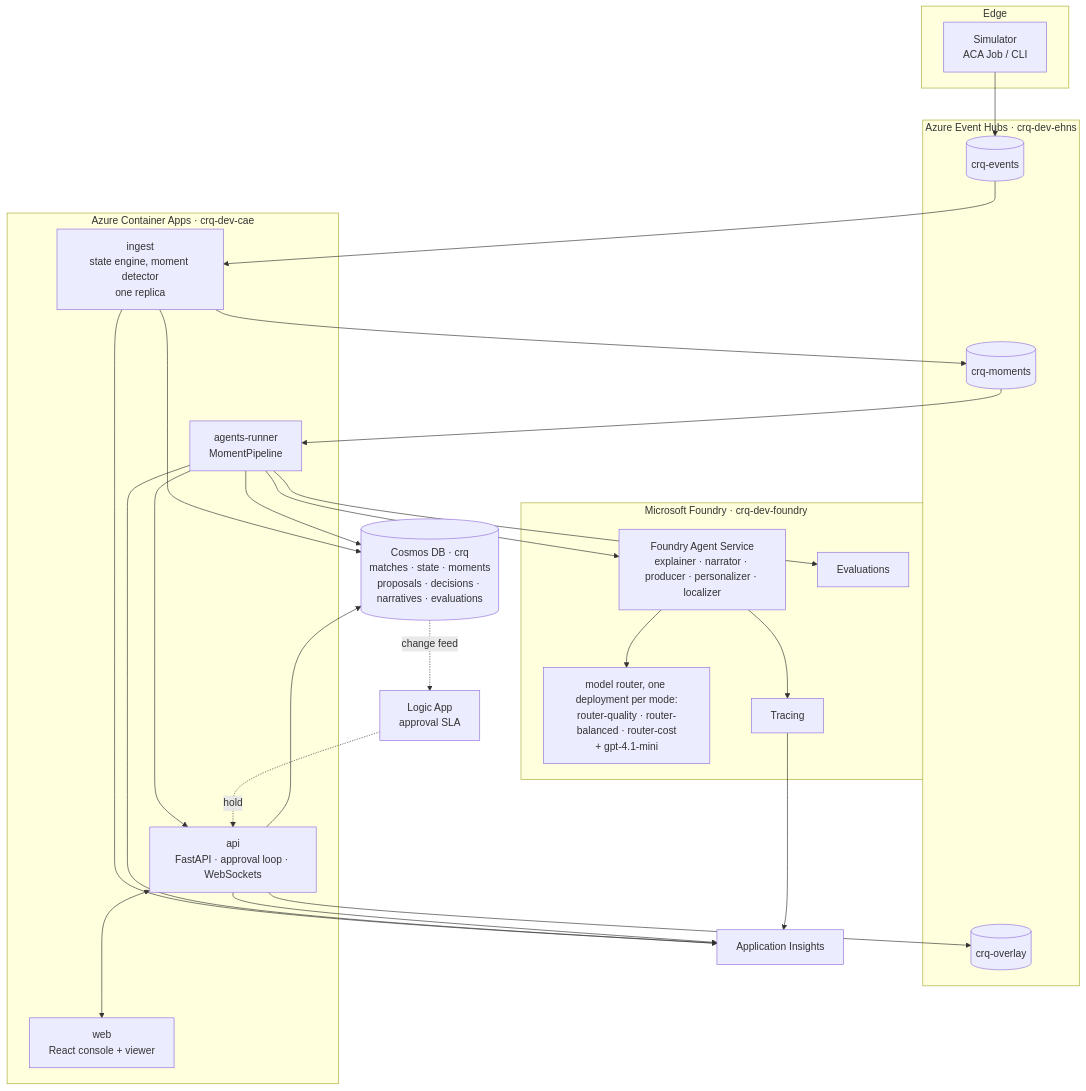
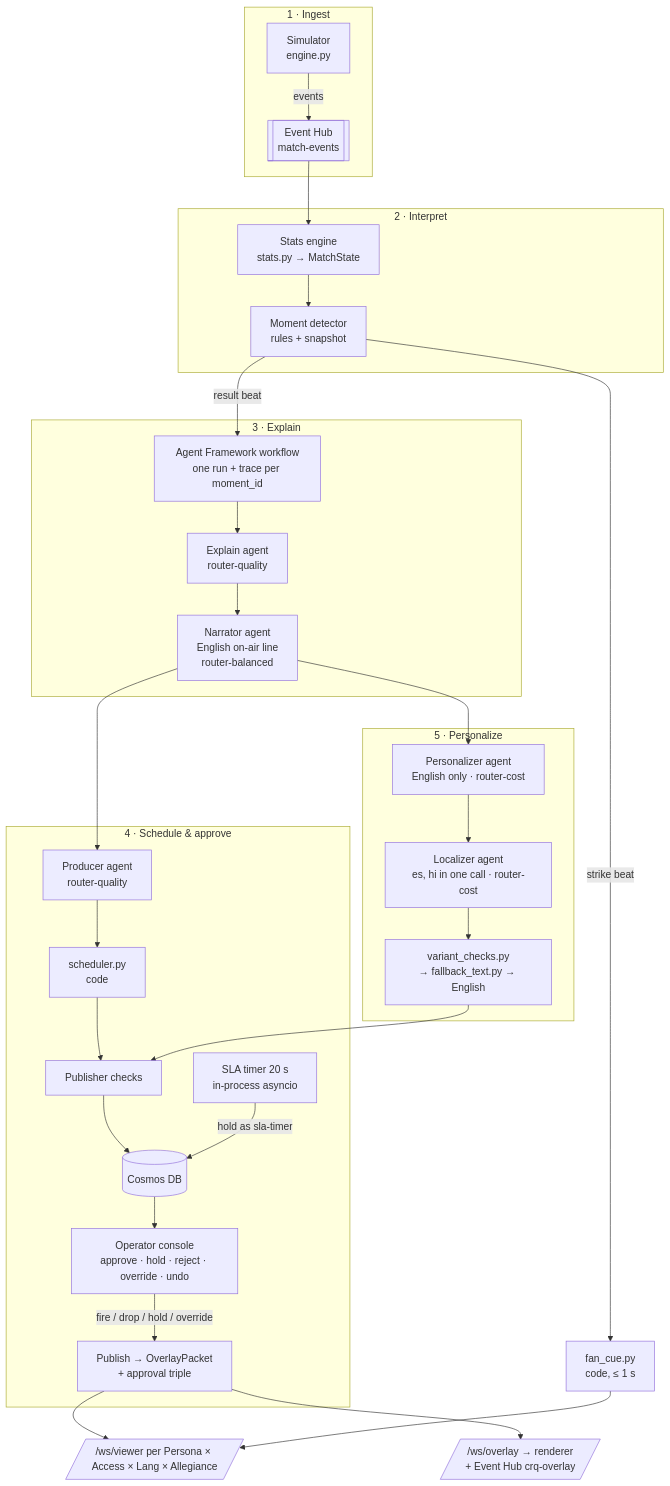
One commit to SwamiBB/control-room-iq changed the second of 8 diagrams in docs/ARCHITECTURE.md. Above: the diagram before and after it, drawn with Mermaid. The commit also changed other lines of this file and 5 other files, not shown here.

````diff
--- a/docs/ARCHITECTURE.md
+++ b/docs/ARCHITECTURE.md
@@ -23,38 +78,40 @@
 ```mermaid
 flowchart TB
-    subgraph Edge
-        SIM[Simulator<br/>ACA Job / CLI]
-    end
-    subgraph Stream["Azure Event Hubs · crq-dev-ehns"]
-        EH1[(crq-events)]
-        EH2[(crq-moments)]
-        EH3[(crq-overlay)]
-    end
-    subgraph ACA["Azure Container Apps · crq-dev-cae"]
-        ING[ingest<br/>state engine, moment detector<br/>one replica]
-        AGR[agents-runner<br/>MomentPipeline]
-        API[api<br/>FastAPI · approval loop · WebSockets]
-        WEB[web<br/>React console + viewer]
-    end
-    subgraph Foundry["Microsoft Foundry · crq-dev-foundry"]
-        AGS[Foundry Agent Service<br/>explainer · narrator · producer · personalizer · localizer]
-        MR[model router, one deployment per mode:<br/>router-quality · router-balanced · router-cost<br/>+ gpt-4.1-mini]
-        EVAL[Evaluations]
-        TR[Tracing]
-    end
-    COS[(Cosmos DB · crq<br/>matches · state · moments<br/>proposals · decisions · narratives · evaluations)]
-    LA[Logic App<br/>approval SLA]
-    AI[Application Insights]
-    SIM --> EH1 --> ING --> EH2 --> AGR
-    ING --> COS
-    AGR --> AGS --> MR
-    AGR --> EVAL
-    AGR --> COS
-    AGR --> API
-    API --> COS
-    API --> EH3
-    COS -. change feed .-> LA -. hold .-> API
-    API <---> WEB
-    ING & AGR & API --> AI
-    AGS --> TR --> AI
+  subgraph S1[1 · Ingest]
+    SIM[Simulator<br/>engine.py] -->|events| EH1[[Event Hub<br/>match-events]]
+  end
+
+  subgraph S2[2 · Interpret]
+    EH1 --> ST[Stats engine<br/>stats.py → MatchState]
+    ST --> MD[Moment detector<br/>rules + snapshot]
+  end
+
+  MD -->|strike beat| FC[fan_cue.py<br/>code, ≤ 1 s]
+  MD -->|result beat| WF
+
+  subgraph S3[3 · Explain]
+    WF[Agent Framework workflow<br/>one run + trace per moment_id] --> EX[Explain agent<br/>router-quality]
+    EX --> NR[Narrator agent<br/>English on-air line<br/>router-balanced]
+  end
+
+  subgraph S4[4 · Schedule & approve]
+    NR --> PR[Producer agent<br/>router-quality]
+    PR --> SC[scheduler.py<br/>code]
+    SC --> PB[Publisher checks]
+    PB --> DB[(Cosmos DB)]
+    DB --> CON[Operator console<br/>approve · hold · reject · override · undo]
+    SLA[SLA timer 20 s<br/>in-process asyncio] -->|hold as sla-timer| DB
+    CON -->|fire / drop / hold / override| PUB[Publish → OverlayPacket<br/>+ approval triple]
+  end
+
+  subgraph S5[5 · Personalize]
+    NR --> PZ[Personalizer agent<br/>English only · router-cost]
+    PZ --> LZ[Localizer agent<br/>es, hi in one call · router-cost]
+    LZ --> VC[variant_checks.py<br/>→ fallback_text.py → English]
+    VC --> PB
+  end
+
+  PUB --> WSO[/"/ws/overlay → renderer<br/>+ Event Hub crq-overlay"/]
+  PUB --> WSV[/"/ws/viewer per Persona × Access × Lang × Allegiance"/]
+  FC --> WSV
 ```
````
